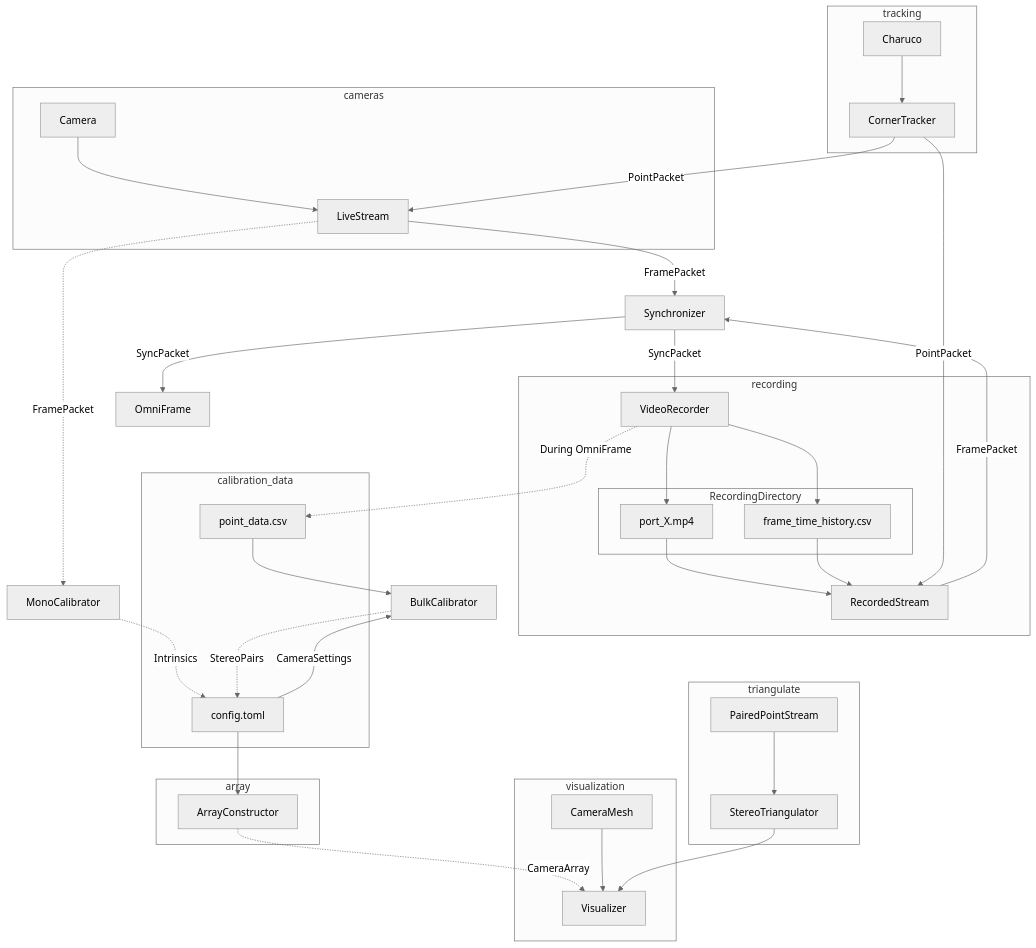
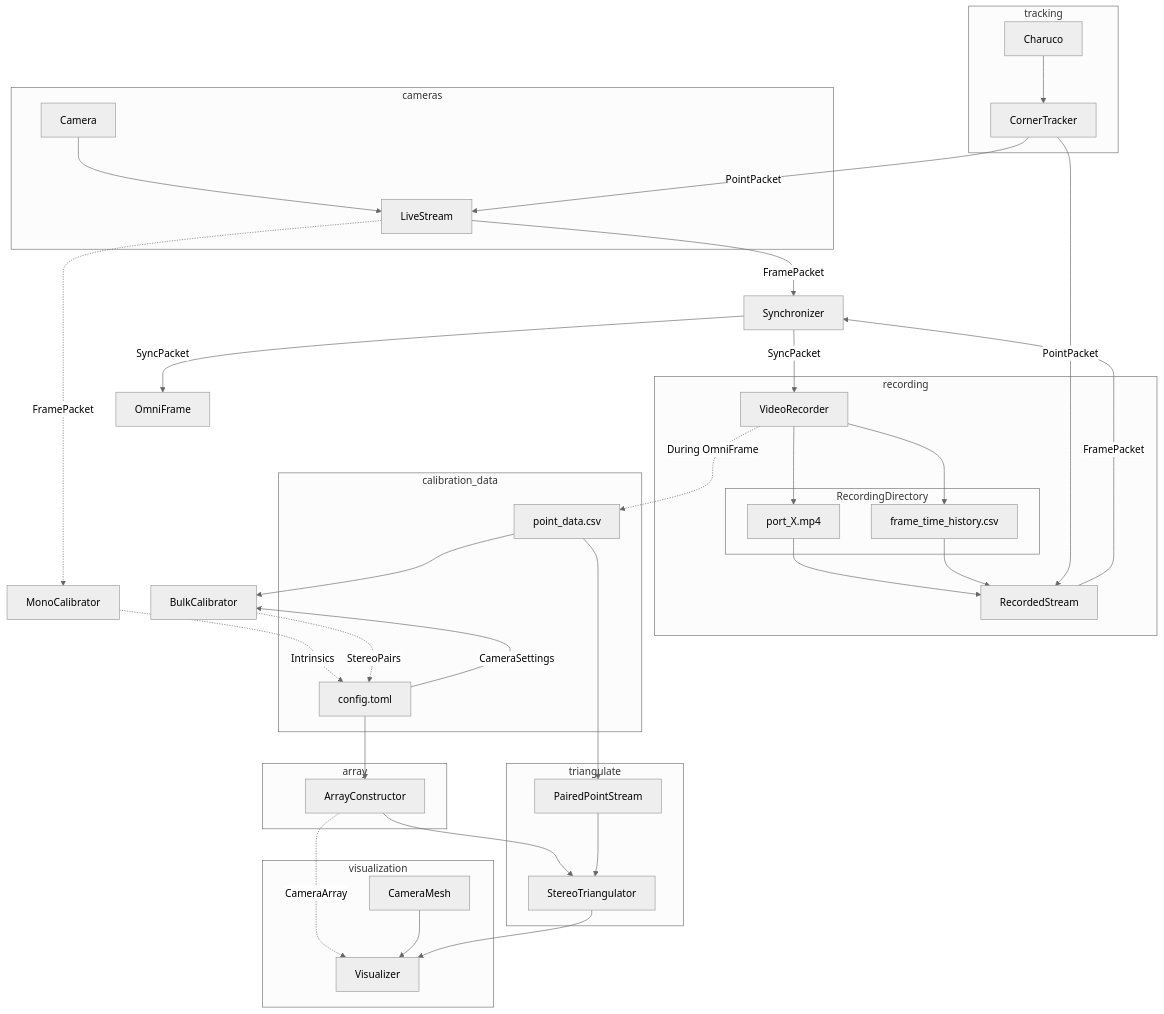
The diagram in README.md (mprib/caliscope), drawn with Mermaid (neutral theme) before and after one commit.

Commit message:
need to update triangulate still...

````diff
--- a/README.md
+++ b/README.md
@@ -11,74 +11,77 @@
 ```mermaid
 graph TD
 
 
 LiveStream --FramePacket--> Synchronizer
 RecordedStream --FramePacket--> Synchronizer
 Synchronizer --SyncPacket--> VideoRecorder
 
 subgraph cameras
 Camera --> LiveStream
 end
 subgraph tracking
 Charuco --> CornerTracker
 CornerTracker --PointPacket--> LiveStream
 end
 
 
 Synchronizer --SyncPacket-->  OmniFrame
 
 LiveStream -.FramePacket.-> MonoCalibrator
 MonoCalibrator -.Intrinsics.-> config.toml
 
 VideoRecorder --> frame_time_history.csv
 VideoRecorder --> port_X.mp4 
 VideoRecorder -.During OmniFrame.-> point_data.csv
 port_X.mp4 --> RecordedStream
 frame_time_history.csv --> RecordedStream
 
 
 subgraph recording
 
 RecordedStream
 VideoRecorder 
 
 subgraph RecordingDirectory
 port_X.mp4
 frame_time_history.csv
 end
 
 end
 
 
 
 point_data.csv --> BulkCalibrator
 config.toml --CameraSettings--> BulkCalibrator
 BulkCalibrator -.StereoPairs.-> config.toml
 
+point_data.csv --> PairedPointStream
+ArrayConstructor --> StereoTriangulator
+
 
 subgraph calibration_data
 point_data.csv
 config.toml
 end
 
 
 CornerTracker --PointPacket--> RecordedStream
 
 subgraph array
 config.toml --> ArrayConstructor
 
 end
 ArrayConstructor -.CameraArray.-> Visualizer
 
 
 
 subgraph triangulate
 PairedPointStream --> StereoTriangulator
 end
 
 subgraph visualization
 CameraMesh --> Visualizer
 StereoTriangulator --> Visualizer
 end
 
 ```
````
